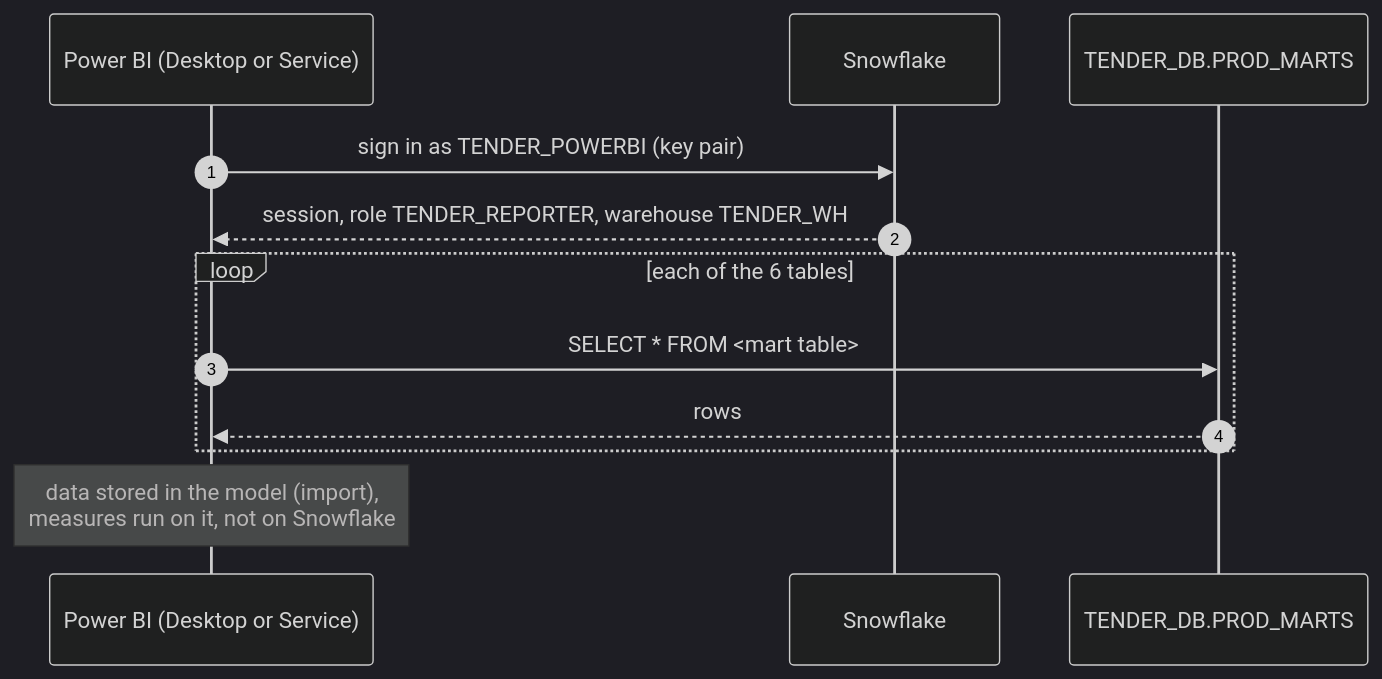
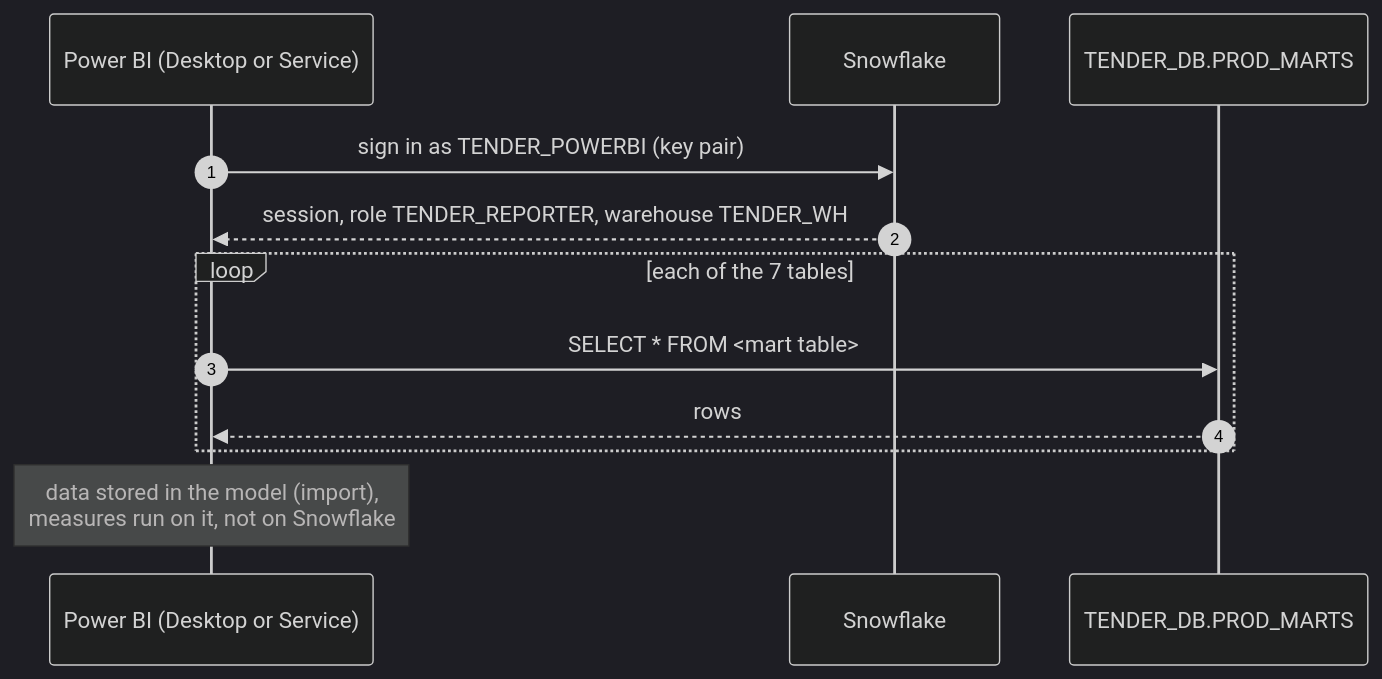
One commit to jacekjastrzebski/uk-tenders-dbt-snowflake changed the second of 2 diagrams in docs/powerbi.md. Above: the diagram before and after it, drawn with Mermaid (dark theme). The commit also changed other lines of this file and 4 other files, not shown here.

````diff
--- a/docs/powerbi.md
+++ b/docs/powerbi.md
@@ -58,14 +68,14 @@
 ```mermaid
 sequenceDiagram
     autonumber
     participant PBI as Power BI (Desktop or Service)
     participant SF as Snowflake
     participant M as TENDER_DB.PROD_MARTS
     PBI->>SF: sign in as TENDER_POWERBI (key pair)
     SF-->>PBI: session, role TENDER_REPORTER, warehouse TENDER_WH
-    loop each of the 6 tables
+    loop each of the 7 tables
         PBI->>M: SELECT * FROM <mart table>
         M-->>PBI: rows
     end
     Note over PBI: data stored in the model (import),<br/>measures run on it, not on Snowflake
 ```
````
